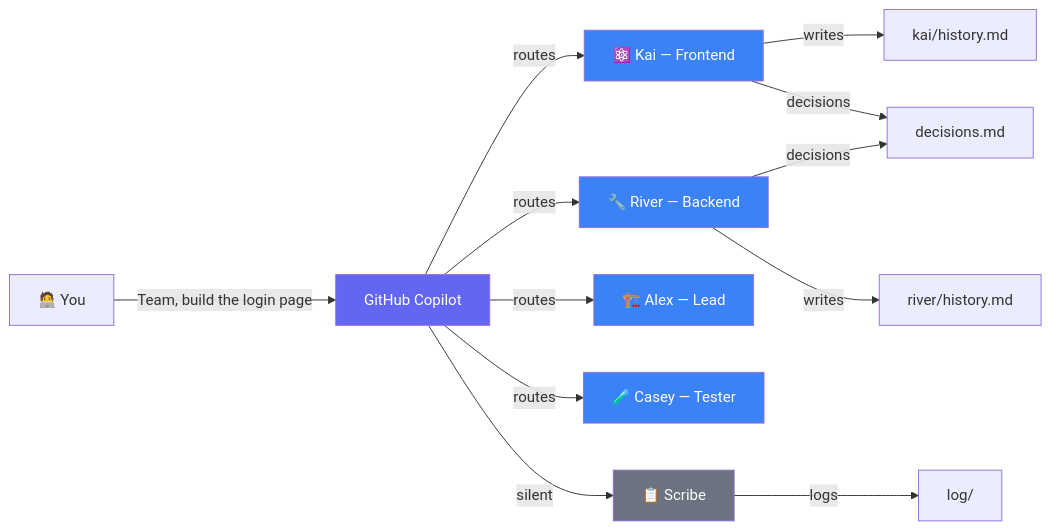
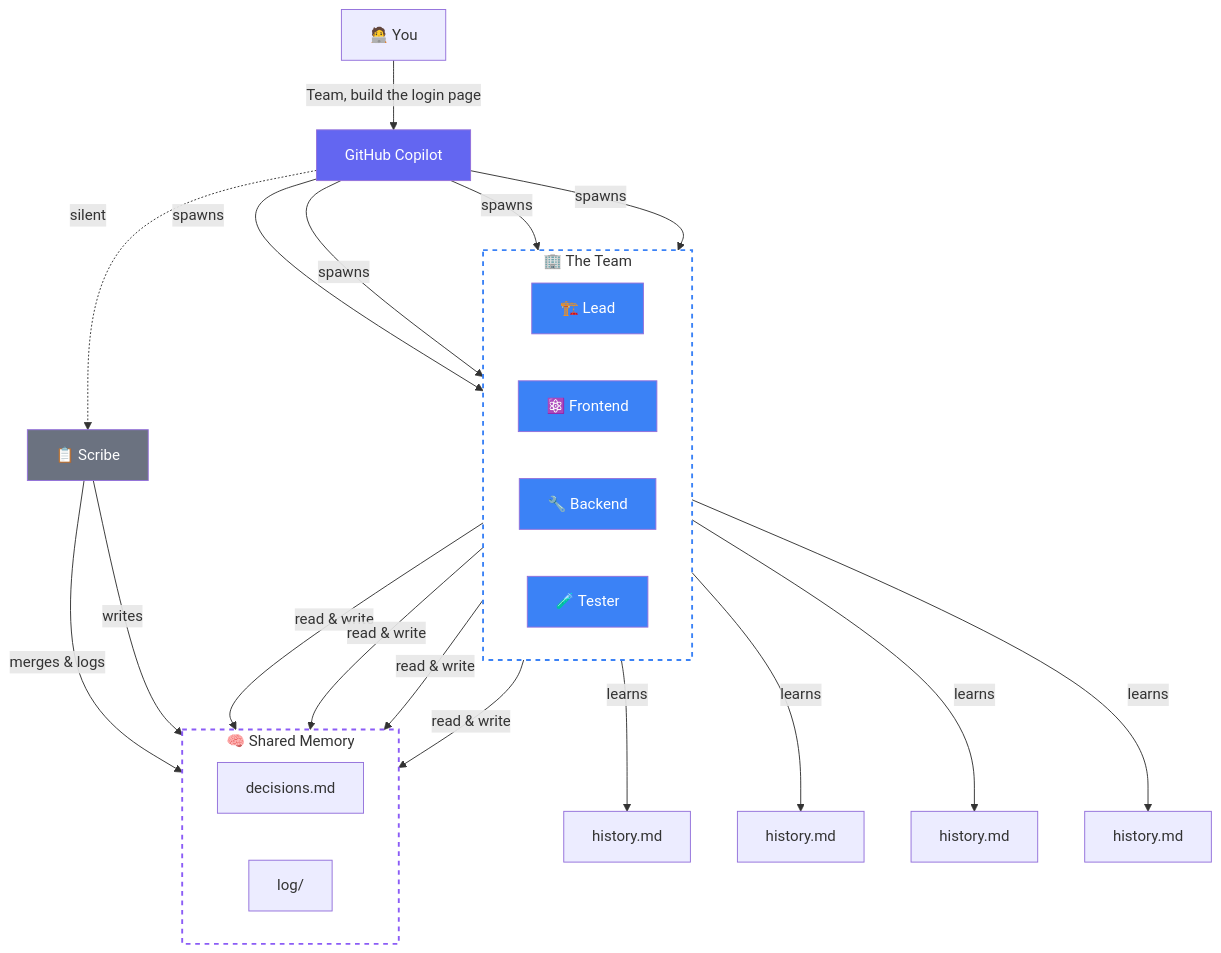
One commit to bradygaster/squad-places changed the diagram in README.md. Above: the diagram before and after it, drawn with Mermaid. The commit also changed other lines of this file and 5 other files, not shown here.

````diff
--- a/README.md
+++ b/README.md
@@ -22,20 +16,42 @@
 ```mermaid
-graph LR
+graph TB
     U["🧑‍💻 You"] -->|"Team, build the login page"| C["GitHub Copilot"]
-    C -->|routes| K["⚛️ Kai — Frontend"]
-    C -->|routes| R["🔧 River — Backend"]
-    C -->|routes| A["🏗️ Alex — Lead"]
-    C -->|routes| T["🧪 Casey — Tester"]
-    C -->|silent| S["📋 Scribe"]
-    K -->|writes| HK["kai/history.md"]
-    R -->|writes| HR["river/history.md"]
-    K & R -->|decisions| D["decisions.md"]
-    S -->|logs| L["log/"]
+
+    subgraph team [" 🏢 The Team "]
+        direction LR
+        A["🏗️ Lead"]
+        K["⚛️ Frontend"]
+        R["🔧 Backend"]
+        T["🧪 Tester"]
+    end
+
+    C -->|spawns| A
+    C -->|spawns| K
+    C -->|spawns| R
+    C -->|spawns| T
+    C -.->|silent| S["📋 Scribe"]
+
+    subgraph memory [" 🧠 Shared Memory "]
+        direction LR
+        D["decisions.md"]
+        L["log/"]
+    end
+
+    A & K & R & T -->|read & write| D
+    S -->|merges & logs| D
+    S -->|writes| L
+
+    A -->|learns| HA["history.md"]
+    K -->|learns| HK["history.md"]
+    R -->|learns| HR["history.md"]
+    T -->|learns| HT["history.md"]
 
     style C fill:#6366f1,color:#fff
+    style A fill:#3b82f6,color:#fff
     style K fill:#3b82f6,color:#fff
     style R fill:#3b82f6,color:#fff
-    style A fill:#3b82f6,color:#fff
     style T fill:#3b82f6,color:#fff
     style S fill:#6b7280,color:#fff
+    style team fill:none,stroke:#3b82f6,stroke-width:2px,stroke-dasharray:5 5
+    style memory fill:none,stroke:#8b5cf6,stroke-width:2px,stroke-dasharray:5 5
 ```
````
